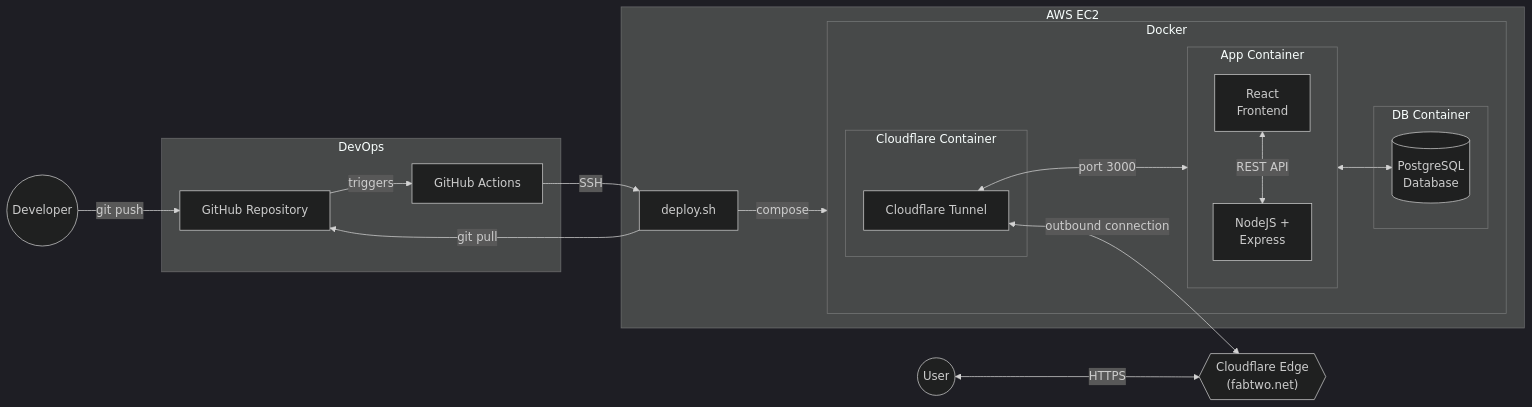
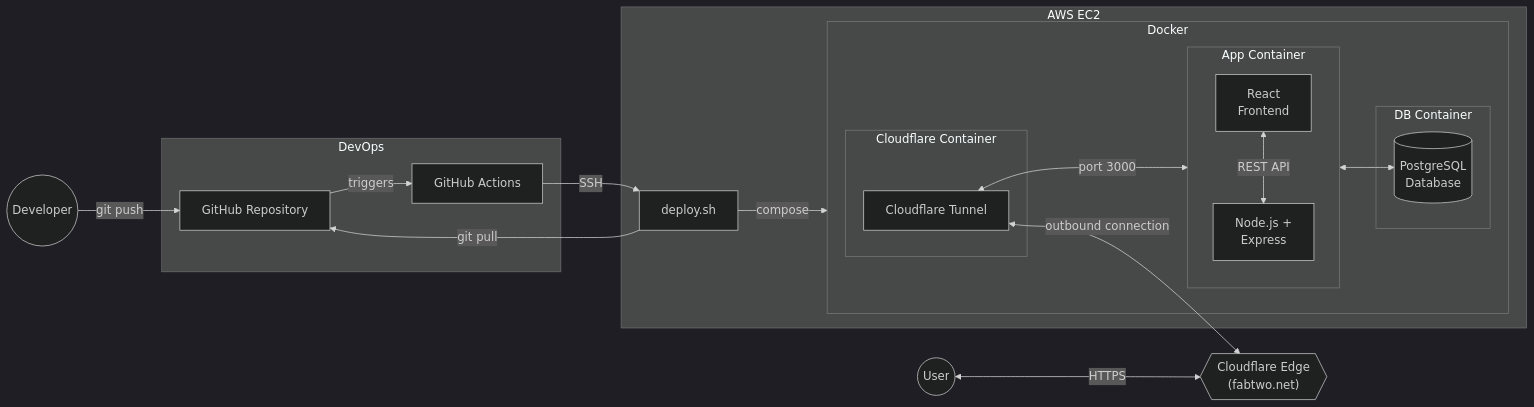
The diagram in README.md (jarkmaen/beatles-website), drawn with Mermaid (dark theme) before and after one commit.

Commit message:
NodeJS -> Node.js [skip ci]

````diff
--- a/README.md
+++ b/README.md
@@ -9,43 +9,43 @@
 ```mermaid
 graph LR
     CF{{"Cloudflare Edge<br/>(fabtwo.net)"}}
     Developer((Developer))
     User((User))
 
     subgraph AWS [AWS EC2]
         Deploy[deploy.sh]
 
         subgraph Docker [Docker]
             subgraph AppContainer [App Container]
                 Frontend[React<br/>Frontend]
-                Backend[NodeJS +<br/>Express]
+                Backend[Node.js +<br/>Express]
             end
 
             subgraph DBContainer [DB Container]
                 DB[(PostgreSQL<br/>Database)]
             end
 
             subgraph TunnelContainer [Cloudflare Container]
                 Tunnel[Cloudflare Tunnel]
             end
         end
     end
 
     subgraph DevOps [DevOps]
         Repository[GitHub Repository]
         Actions[GitHub Actions]
     end
 
     Developer -- "git push" --> Repository
     Repository -- "triggers" --> Actions
     Actions -- "SSH" --> Deploy
     Deploy -- "git pull" --> Repository
     Deploy -- "compose" --> Docker
 
     Frontend <-- REST API --> Backend
     AppContainer <--> DB
 
     User <-- "HTTPS" --> CF
     Tunnel <-- "outbound connection" --> CF
     Tunnel <-- "port 3000" --> AppContainer
 ```
````
